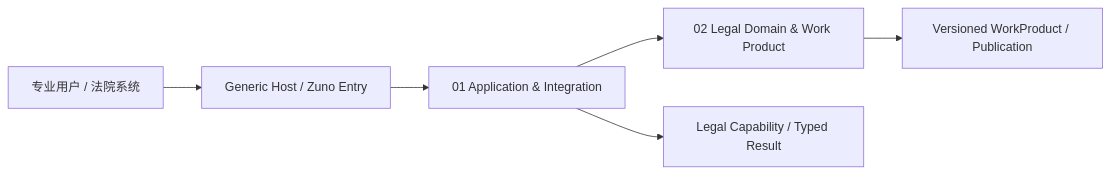
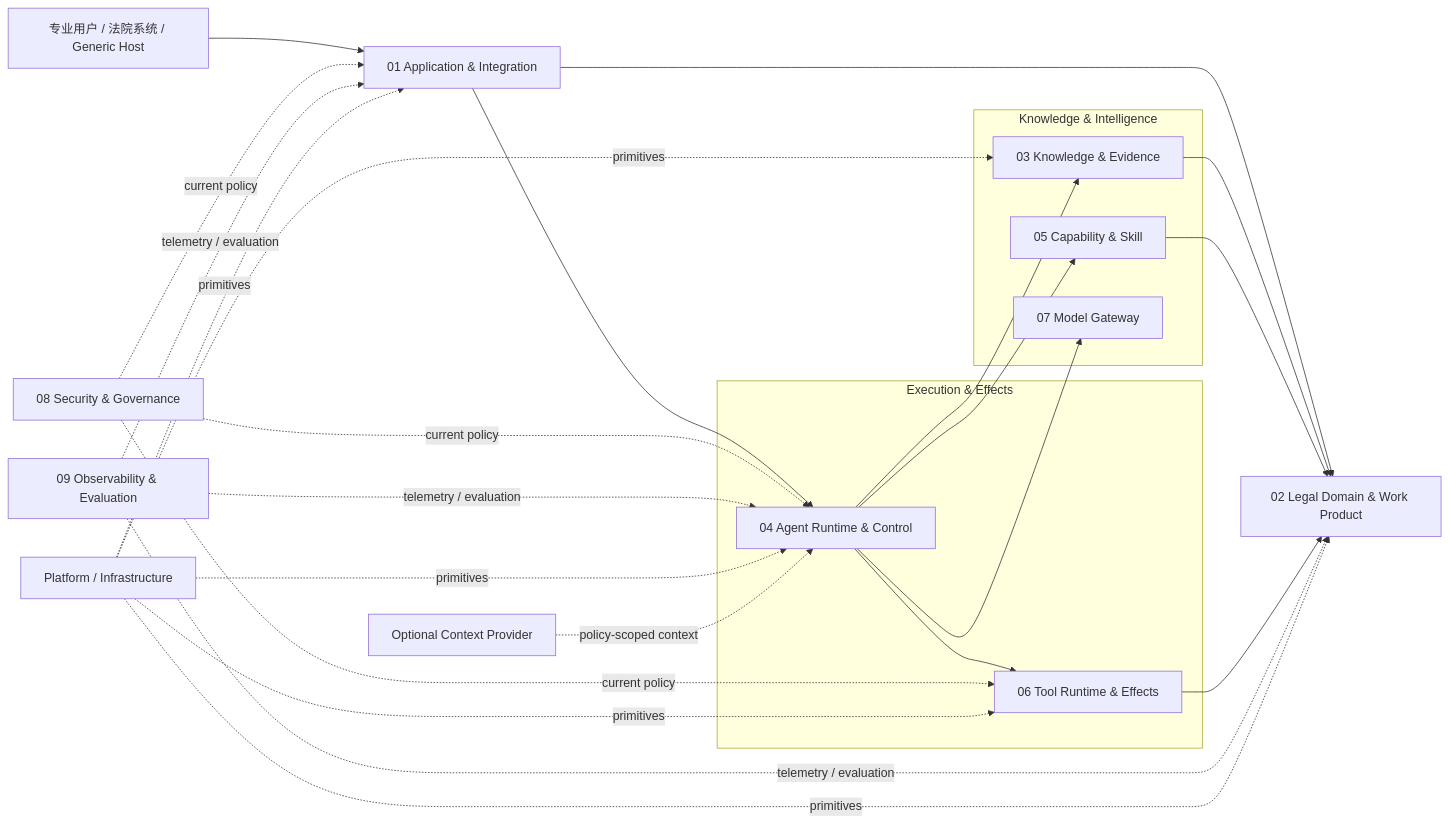
One commit to ProfessorZhi/Zuno changed the first of 6 diagrams in docs/architecture/architecture-views.md. Above: the diagram before and after it, drawn with Mermaid. The commit also changed other lines of this file and 10 other files, not shown here.

First line of the commit message:
docs: rewrite overall architecture as conceptual target design

````diff
--- a/docs/architecture/architecture-views.md
+++ b/docs/architecture/architecture-views.md
@@ -15,8 +11,45 @@
 ```mermaid
 flowchart LR
-  USER[专业用户 / 法院系统] --> HOST[Generic Host / Zuno Entry]
-  HOST --> APP[01 Application & Integration]
-  APP --> DOMAIN[02 Legal Domain & Work Product]
-  APP --> CAP[Legal Capability / Typed Result]
-  DOMAIN --> RESULT[Versioned WorkProduct / Publication]
+  USER[专业用户 / 法院系统 / Generic Host]
+  APP[01 Application & Integration]
+  DOMAIN[02 Legal Domain & Work Product]
+  USER --> APP
+  APP --> DOMAIN
+
+  subgraph INTELLIGENCE[Knowledge & Intelligence]
+    KNOW[03 Knowledge & Evidence]
+    CAP[05 Capability & Skill]
+    MODEL[07 Model Gateway]
+  end
+
+  subgraph EXECUTION[Execution & Effects]
+    RUN[04 Agent Runtime & Control]
+    TOOL[06 Tool Runtime & Effects]
+  end
+
+  SEC[08 Security & Governance]
+  OBS[09 Observability & Evaluation]
+  PLATFORM[Platform / Infrastructure]
+  CONTEXT[Optional Context Provider]
+
+  APP --> RUN
+  RUN --> KNOW
+  RUN --> CAP
+  RUN --> MODEL
+  RUN --> TOOL
+  KNOW --> DOMAIN
+  CAP --> DOMAIN
+  TOOL --> DOMAIN
+  SEC -. current policy .-> APP
+  SEC -. current policy .-> RUN
+  SEC -. current policy .-> TOOL
+  OBS -. telemetry / evaluation .-> APP
+  OBS -. telemetry / evaluation .-> RUN
+  OBS -. telemetry / evaluation .-> DOMAIN
+  PLATFORM -. primitives .-> APP
+  PLATFORM -. primitives .-> DOMAIN
+  PLATFORM -. primitives .-> KNOW
+  PLATFORM -. primitives .-> RUN
+  PLATFORM -. primitives .-> TOOL
+  CONTEXT -. policy-scoped context .-> RUN
 ```
````
